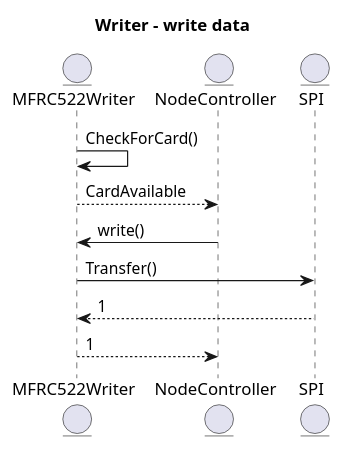
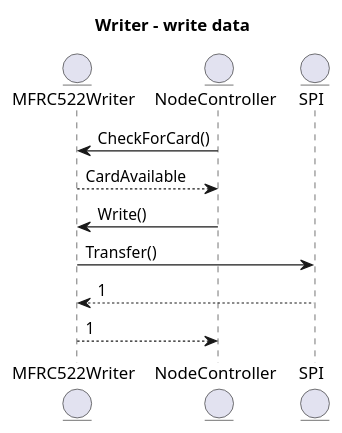
Before and after one commit to T3-FindIt/FindIt: the third of 4 diagrams in Designs/Arduino nano/Design.wsd, drawn with PlantUML. The commit also changed other lines of this file and 4 other files, not shown here.

```diff
--- a/Designs/Arduino nano/Design.wsd
+++ b/Designs/Arduino nano/Design.wsd
@@ -103,15 +111,15 @@
 @startuml
 Title Writer - write data
 Entity MFRC522Writer
 Entity NodeController
 Entity SPI
 
 
-MFRC522Writer -> MFRC522Writer : CheckForCard()
+NodeController -> MFRC522Writer : CheckForCard()
 MFRC522Writer --> NodeController : CardAvailable
-NodeController -> MFRC522Writer :  write()
+NodeController -> MFRC522Writer :  Write()
 MFRC522Writer -> SPI :Transfer()
 SPI --> MFRC522Writer :1
 MFRC522Writer --> NodeController :1
 
 @enduml
```
